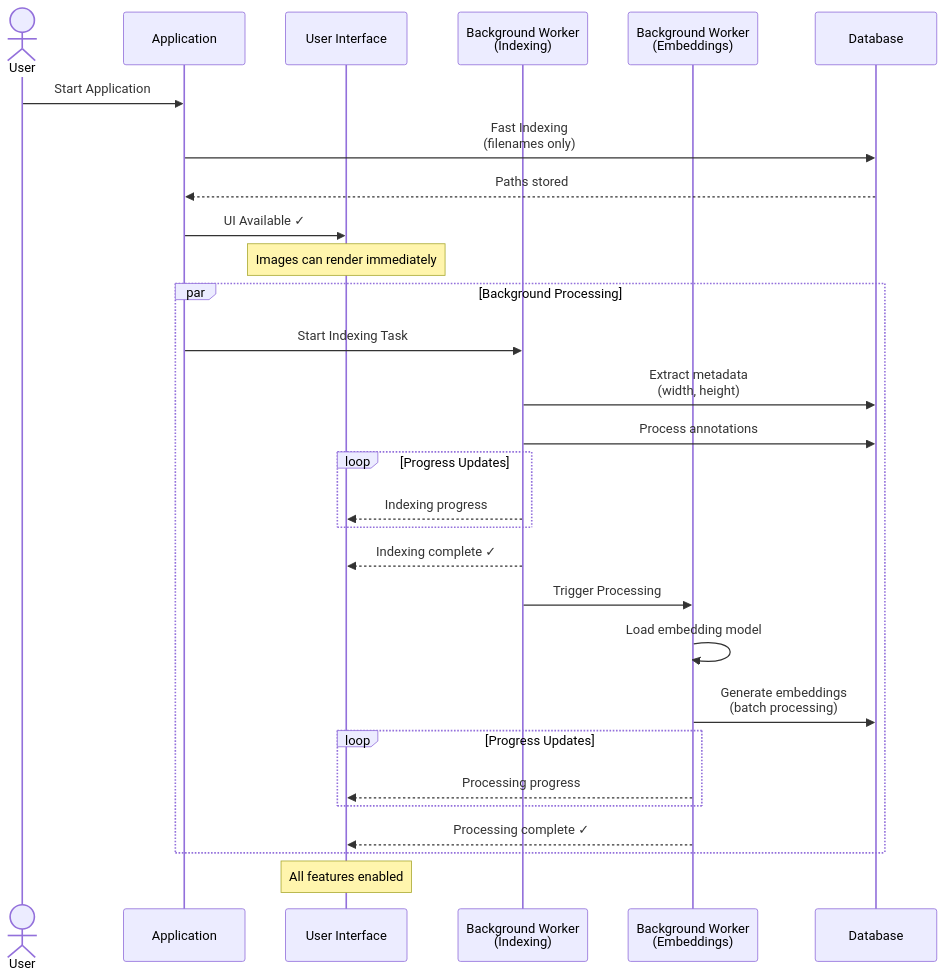
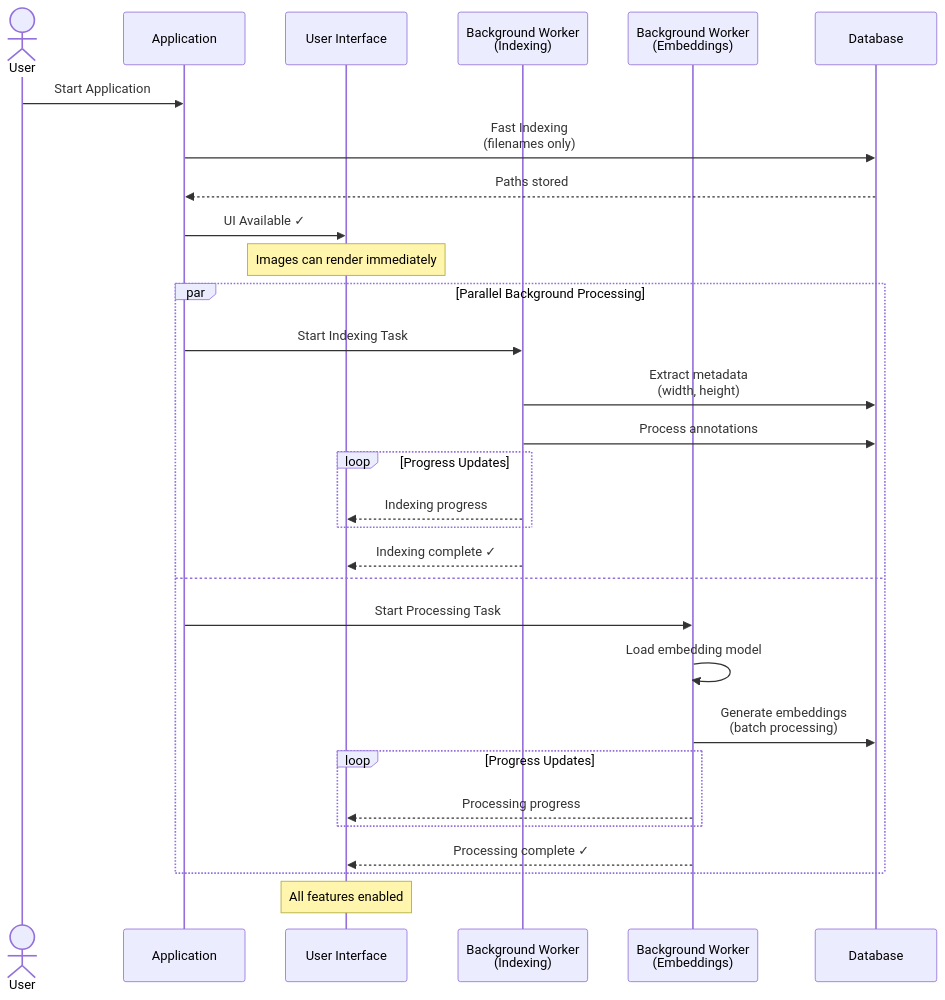
Before and after one commit to lightly-ai/lightly-studio: the diagram in RESULT.md, drawn with Mermaid.

````diff
--- a/RESULT.md
+++ b/RESULT.md
@@ -33,35 +33,35 @@
 ```mermaid
 sequenceDiagram
     actor User
     participant App as Application
     participant UI as User Interface
     participant BG1 as Background Worker<br/>(Indexing)
     participant BG2 as Background Worker<br/>(Embeddings)
     participant DB as Database
 
     User->>App: Start Application
     App->>DB: Fast Indexing<br/>(filenames only)
     DB-->>App: Paths stored
     App->>UI: UI Available ✓
     Note over UI: Images can render immediately
 
-    par Background Processing
+    par Parallel Background Processing
         App->>BG1: Start Indexing Task
         BG1->>DB: Extract metadata<br/>(width, height)
         BG1->>DB: Process annotations
         loop Progress Updates
             BG1-->>UI: Indexing progress
         end
         BG1-->>UI: Indexing complete ✓
-
-        BG1->>BG2: Trigger Processing
+    and
+        App->>BG2: Start Processing Task
         BG2->>BG2: Load embedding model
         BG2->>DB: Generate embeddings<br/>(batch processing)
         loop Progress Updates
             BG2-->>UI: Processing progress
         end
         BG2-->>UI: Processing complete ✓
     end
 
     Note over UI: All features enabled
 ```
````
